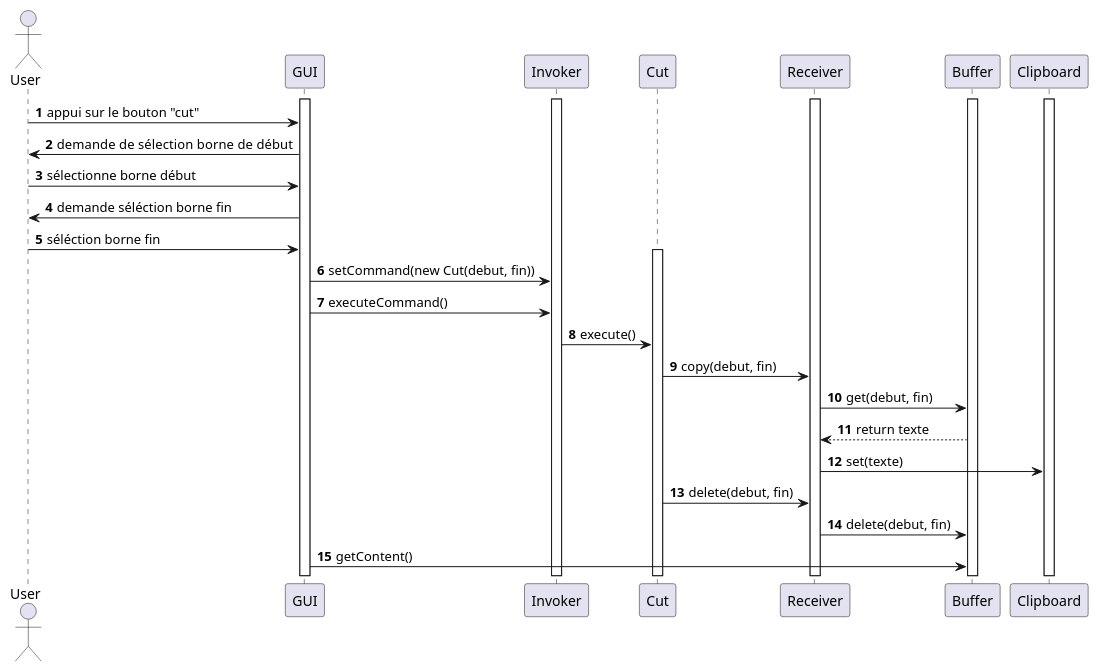
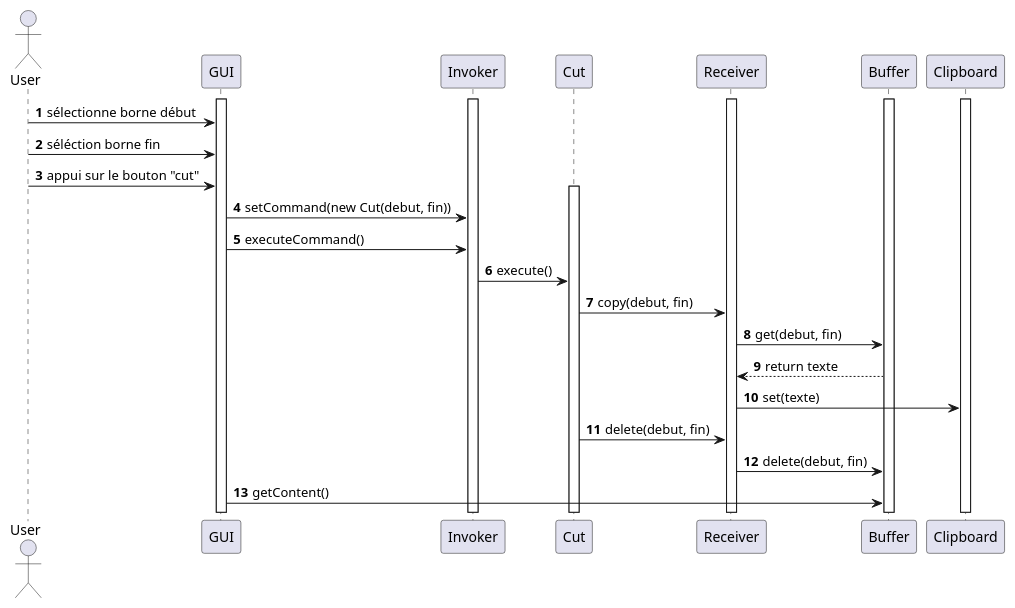
Before and after one commit to Camille-Molinier/text-editor: the diagram in V1/Conception/Sequence_diagrams/Cut.puml, drawn with PlantUML. The commit also changed 8 other files, not shown here.

```diff
--- a/V1/Conception/Sequence_diagrams/Cut.puml
+++ b/V1/Conception/Sequence_diagrams/Cut.puml
@@ -1,45 +1,43 @@
 @startuml
 'https://plantuml.com/sequence-diagram
 
 autonumber
 
 actor User
 
 participant GUI
 activate GUI
 participant Invoker
 activate Invoker
 participant Cut
 participant Receiver
 activate Receiver
 participant Buffer
 activate Buffer
 participant Clipboard
 activate Clipboard
 
+User -> GUI : sélectionne borne début
+User -> GUI : séléction borne fin
 User -> GUI : appui sur le bouton "cut"
-GUI -> User : demande de  sélection borne de début
-User -> GUI : sélectionne borne début
-GUI -> User : demande séléction borne fin
-User -> GUI : séléction borne fin
 
 activate Cut
 
 GUI -> Invoker : setCommand(new Cut(debut, fin))
 GUI -> Invoker : executeCommand()
 
 Invoker -> Cut : execute()
 
 Cut -> Receiver : copy(debut, fin)
 Receiver -> Buffer : get(debut, fin)
 Buffer --> Receiver : return texte
 Receiver -> Clipboard : set(texte)
 
 Cut -> Receiver : delete(debut, fin)
 Receiver -> Buffer : delete(debut, fin)
 
 GUI -> Buffer : getContent()
 
 
 
 @enduml
```
